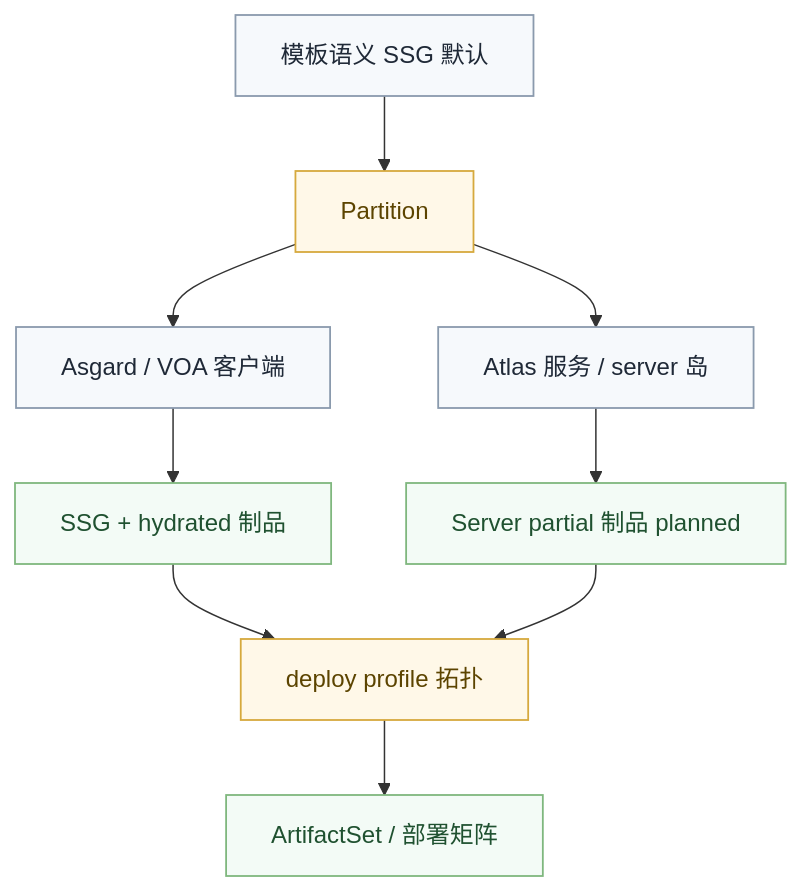
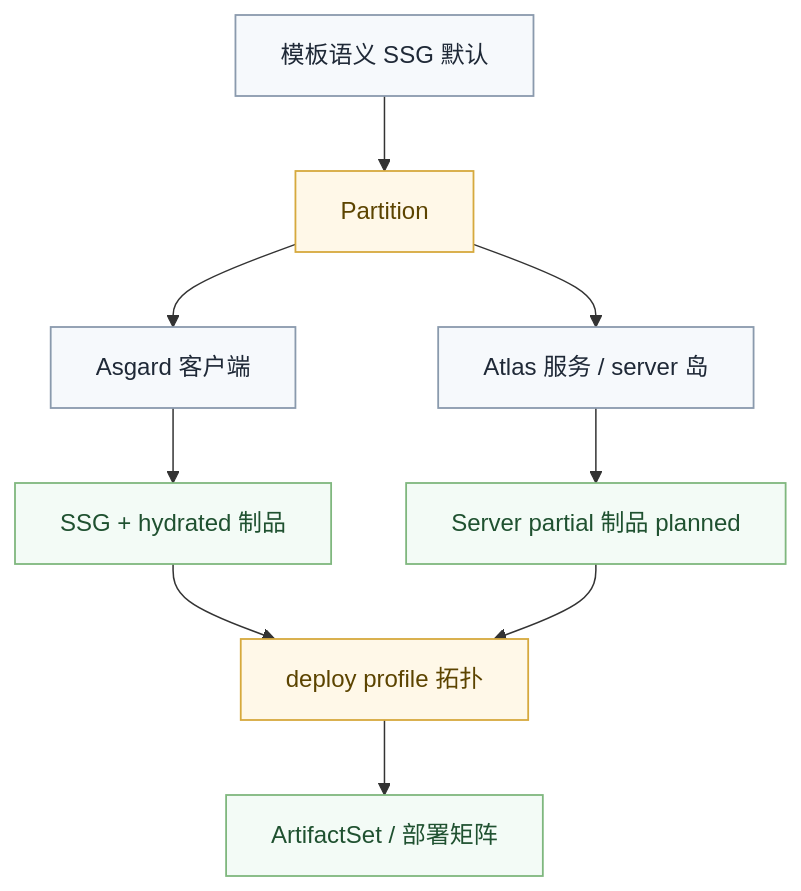
One commit to valkyrie-language/valkyrie.v changed the second of 2 diagrams in documentation/pages/zh-hans/maintainer/awsl-ir.md. Above: the diagram before and after it, drawn with Mermaid. The commit also changed other lines of this file and 78 other files, not shown here.

````diff
--- a/documentation/pages/zh-hans/maintainer/awsl-ir.md
+++ b/documentation/pages/zh-hans/maintainer/awsl-ir.md
@@ -102,26 +102,26 @@
 ```mermaid
 flowchart TD
     Template[模板语义 SSG 默认]
     Partition[Partition]
-    AsgardLane[Asgard / VOA 客户端]
+    AsgardLane[Asgard 客户端]
     AtlasLane[Atlas 服务 / server 岛]
     StaticArt[SSG + hydrated 制品]
     ServerArt[Server partial 制品 planned]
     Profile[deploy profile 拓扑]
     ArtifactSet[ArtifactSet / 部署矩阵]
 
     Template --> Partition
     Partition --> AsgardLane --> StaticArt
     Partition --> AtlasLane --> ServerArt
     StaticArt --> Profile
     ServerArt --> Profile
     Profile --> ArtifactSet
 
     classDef phase fill:#f6f9fc,stroke:#8a9aad,stroke-width:1.2px,color:#1f2937;
     classDef boundary fill:#fff8e8,stroke:#d6a93d,stroke-width:1.2px,color:#5c4400;
     classDef delivery fill:#f3fbf6,stroke:#7fb77e,stroke-width:1.2px,color:#1f5130;
 
     class Template,AsgardLane,AtlasLane phase;
     class Partition,Profile boundary;
     class StaticArt,ServerArt,ArtifactSet delivery;
 ```
````
